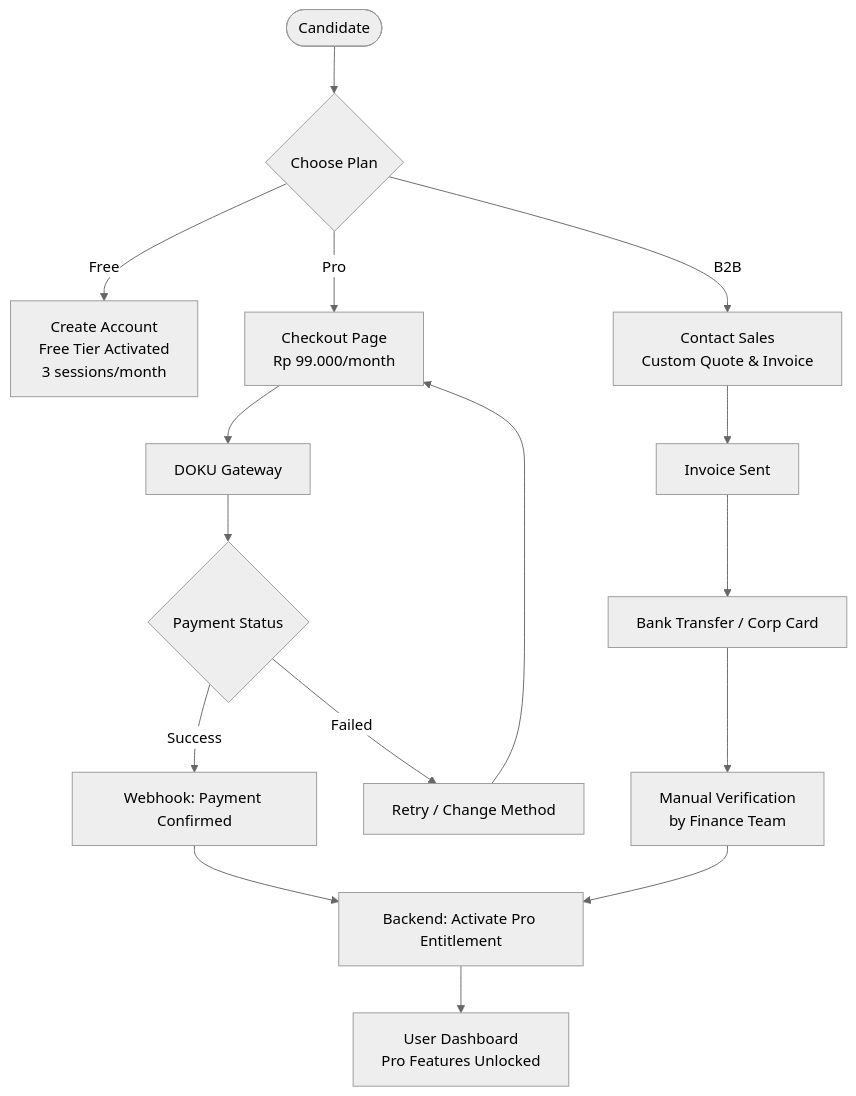
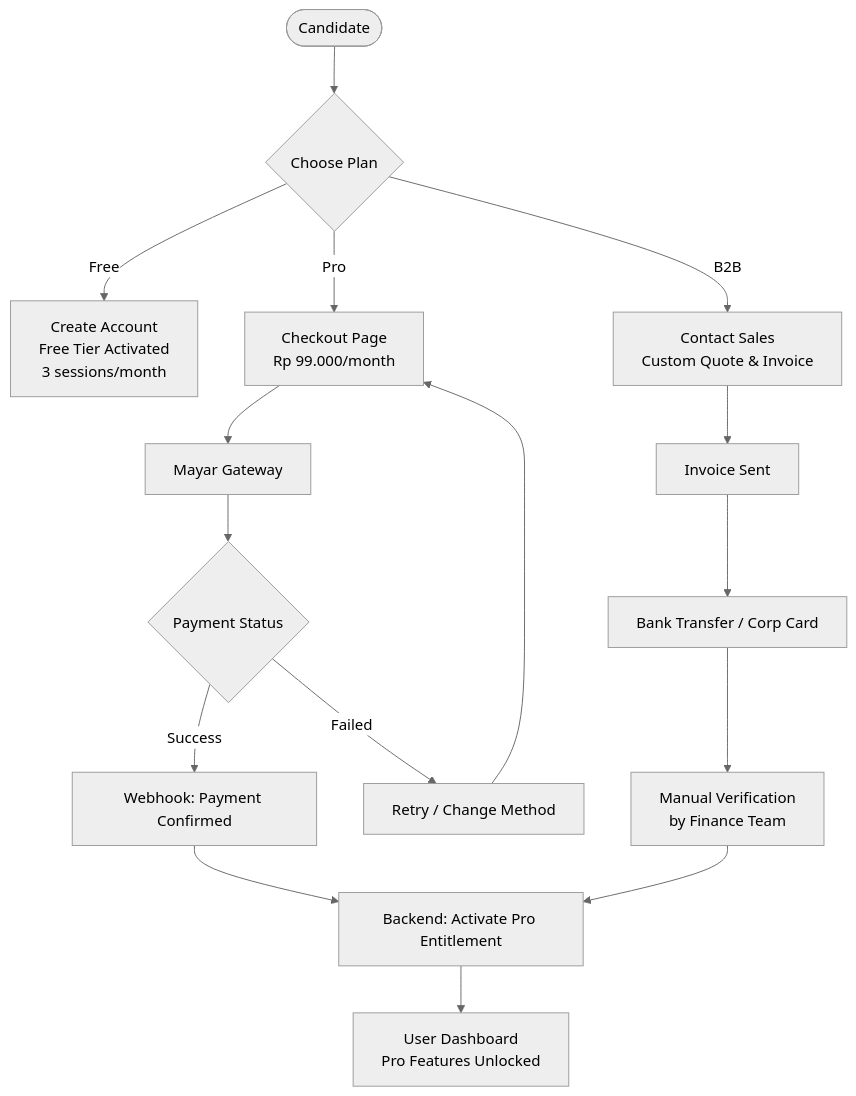
The sixth of 7 diagrams in README.md (vickyvaf/interview-masters), drawn with Mermaid (neutral theme) before and after one commit. The commit also changed other lines of this file and 4 other files, not shown here.

Commit message:
feat: migrate payment gateway from DOKU to Mayar for subscription billing and checkout workflows

````diff
--- a/README.md
+++ b/README.md
@@ -337,22 +337,22 @@
 ```mermaid
 flowchart TD
     P1([Candidate]) --> P2{Choose Plan}
     P2 -- Free --> P3[Create Account\nFree Tier Activated\n3 sessions/month]
     P2 -- Pro --> P4[Checkout Page\nRp 99.000/month]
     P2 -- B2B --> P5[Contact Sales\nCustom Quote & Invoice]
 
-    P4 --> P7[DOKU Gateway]
+    P4 --> P7[Mayar Gateway]
 
     P7 --> P10{Payment Status}
     P10 -- Success --> P11[Webhook: Payment Confirmed]
     P10 -- Failed --> P12[Retry / Change Method]
     P12 --> P4
 
     P11 --> P13[Backend: Activate Pro Entitlement]
     P13 --> P14[User Dashboard\nPro Features Unlocked]
 
     P5 --> P15[Invoice Sent]
     P15 --> P16[Bank Transfer / Corp Card]
     P16 --> P17[Manual Verification\nby Finance Team]
     P17 --> P13
 ```
````
